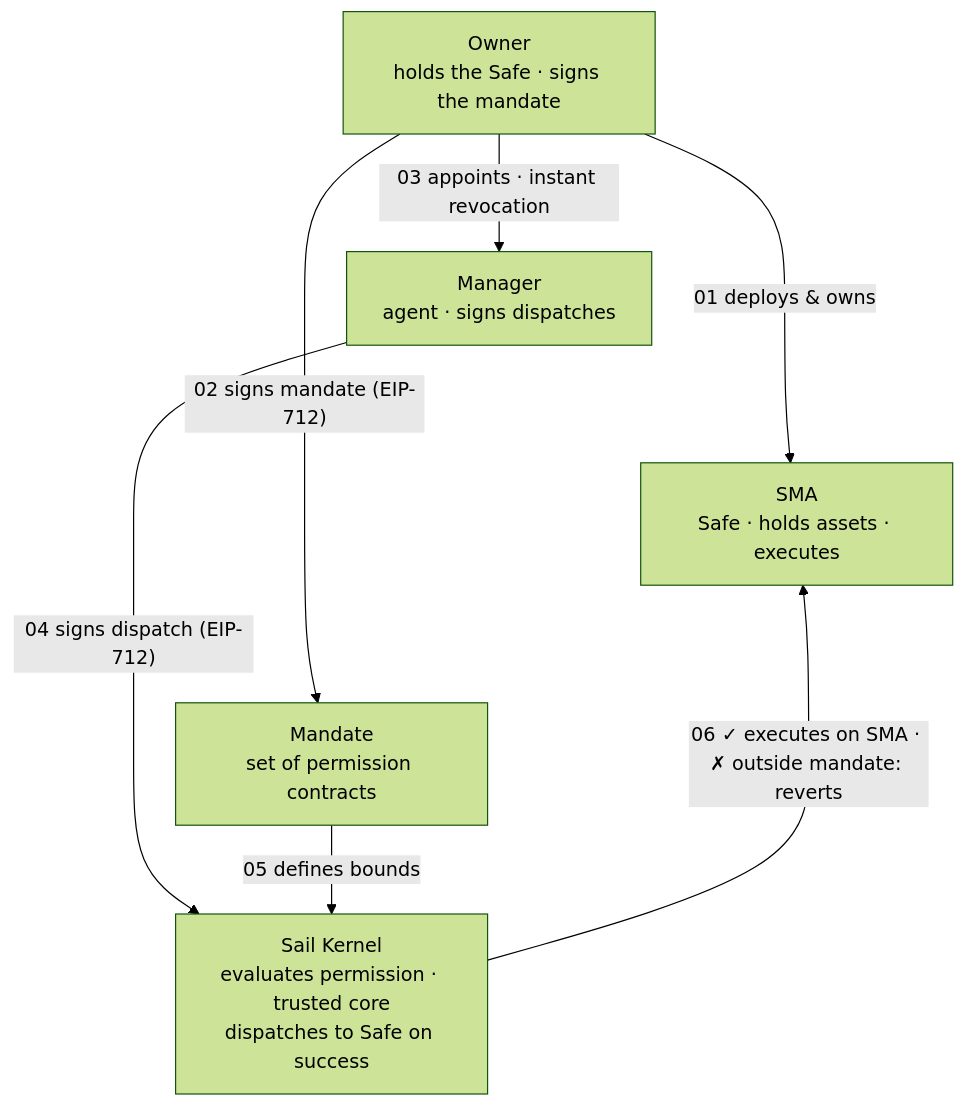
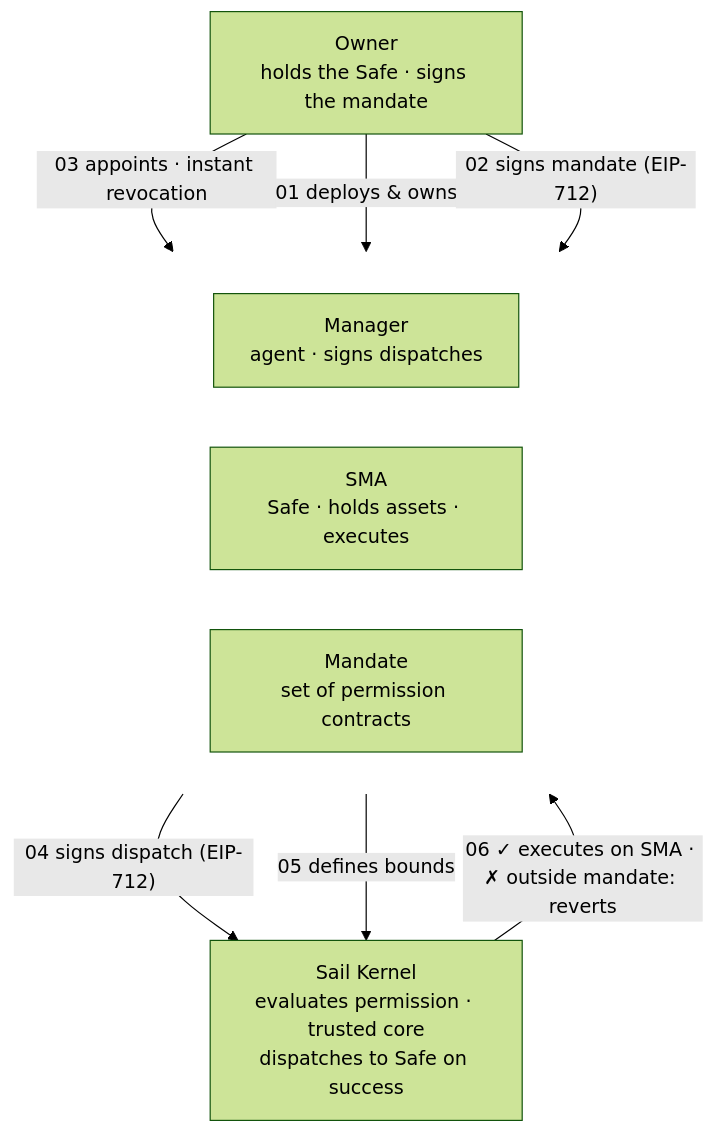
The diagram in README.md (sail-money/Protocol), drawn with Mermaid (forest theme) before and after one commit.

Commit message:
docs: use LR subgraph to align middle row nodes in README diagram

````diff
--- a/README.md
+++ b/README.md
@@ -13,17 +13,22 @@
 ```mermaid
 flowchart TD
     Owner["Owner\nholds the Safe · signs the mandate"]
-    Manager["Manager\nagent · signs dispatches"]
-    SMA["SMA\nSafe · holds assets · executes"]
-    Mandate["Mandate\nset of permission contracts"]
+
+    subgraph mid [" "]
+        direction LR
+        Manager["Manager\nagent · signs dispatches"]
+        SMA["SMA\nSafe · holds assets · executes"]
+        Mandate["Mandate\nset of permission contracts"]
+    end
+
     Kernel["Sail Kernel\nevaluates permission · trusted core\ndispatches to Safe on success"]
 
+    Owner -- "03 appoints · instant revocation" --> Manager
     Owner -- "01 deploys & owns" --> SMA
-    Owner -- "03 appoints · instant revocation" --> Manager
     Owner -- "02 signs mandate (EIP-712)" --> Mandate
-    Manager ~~~ SMA
-    SMA ~~~ Mandate
     Manager -- "04 signs dispatch (EIP-712)" --> Kernel
     Mandate -- "05 defines bounds" --> Kernel
     Kernel -- "06 ✓ executes on SMA · ✗ outside mandate: reverts" --> SMA
+
+    style mid fill:none,stroke:none
 ```
````
